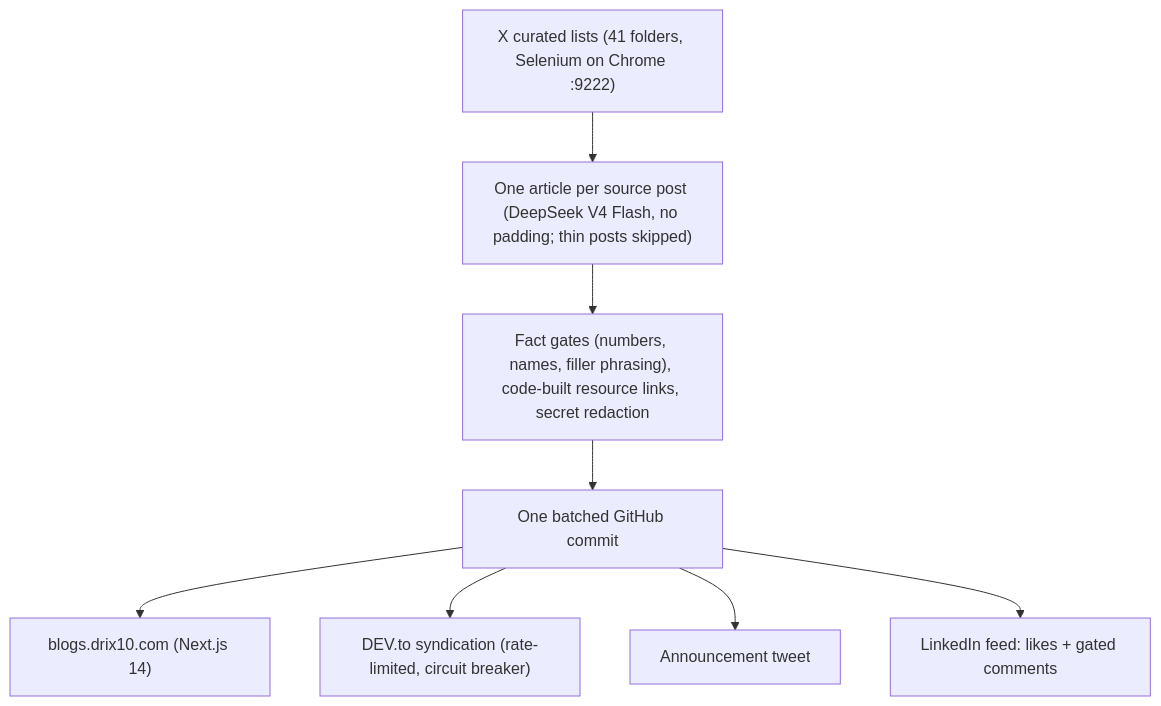
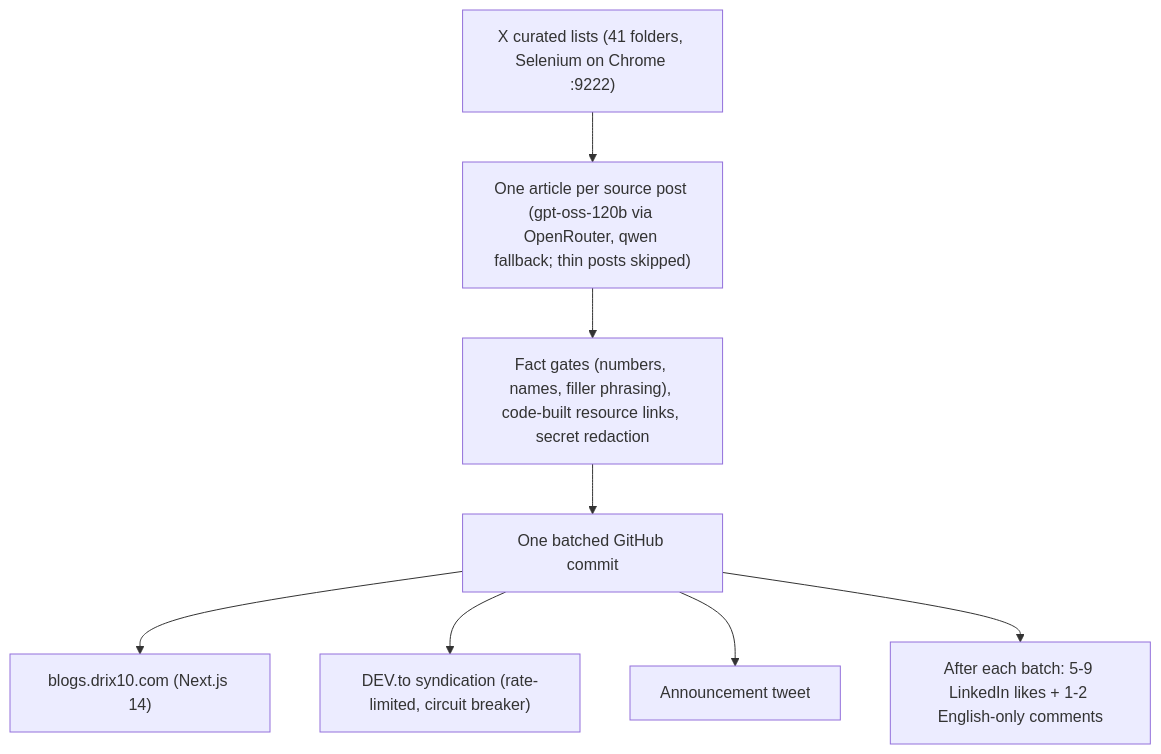
The diagram in README.md (Drix10/ai-resources-pipeline), drawn with Mermaid before and after one commit. The commit also changed other lines of this file and 2 other files, not shown here.

````diff
--- a/README.md
+++ b/README.md
@@ -31,10 +31,10 @@
 ```mermaid
 flowchart TD
-    A["X curated lists (41 folders, Selenium on Chrome :9222)"] --> B["One article per source post (DeepSeek V4 Flash, no padding; thin posts skipped)"]
+    A["X curated lists (41 folders, Selenium on Chrome :9222)"] --> B["One article per source post (gpt-oss-120b via OpenRouter, qwen fallback; thin posts skipped)"]
     B --> C["Fact gates (numbers, names, filler phrasing), code-built resource links, secret redaction"]
     C --> D["One batched GitHub commit"]
     D --> E["blogs.drix10.com (Next.js 14)"]
     D --> F["DEV.to syndication (rate-limited, circuit breaker)"]
     D --> G["Announcement tweet"]
-    D --> H["LinkedIn feed: likes + gated comments"]
+    D --> H["After each batch: 5-9 LinkedIn likes + 1-2 English-only comments"]
 ```
````
